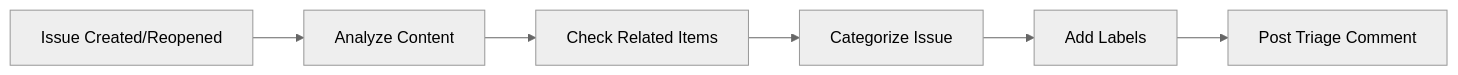
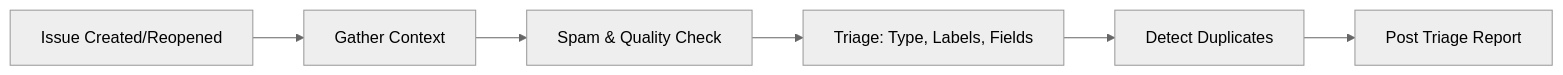
One commit to githubnext/agentics changed the diagram in docs/issue-triage.md. Above: the diagram before and after it, drawn with Mermaid (neutral theme). The commit also changed other lines of this file and 1 other file, not shown here.

Commit message:
Improve issue triage template with structured triage flow
- Add set-issue-type and set-issue-field safe outputs
- Restructure flow: gather context, quality check, triage, apply
- Add quality gate for incomplete issues (ask for missing info)
- Add issue type assignment (skip if already set)
- Add issue field assignment (skip if already set)
- Add duplicate detection with confidence levels (duplicate vs related)
- Add structured triage report format with assessment table
- Add label safety warning (labels can trigger automation)
- Add explicit guardrails: don't invent context, don't overwrite metadata
- Clarify comment audience is maintainers, not issue authors
- Keep web search, debugging strategies, sub-task breakdown
- Update docs to reflect new capabilities

Inspired by patterns from the GitHub Issues triage agent.

````diff
--- a/docs/issue-triage.md
+++ b/docs/issue-triage.md
@@ -23,8 +23,8 @@
 ```mermaid
 graph LR
-    A[Issue Created/Reopened] --> B[Analyze Content]
-    B --> C[Check Related Items]
-    C --> D[Categorize Issue]
-    D --> E[Add Labels]
-    E --> F[Post Triage Comment]
+    A[Issue Created/Reopened] --> B[Gather Context]
+    B --> C[Spam & Quality Check]
+    C --> D[Triage: Type, Labels, Fields]
+    D --> E[Detect Duplicates]
+    E --> F[Post Triage Report]
 ```
````
